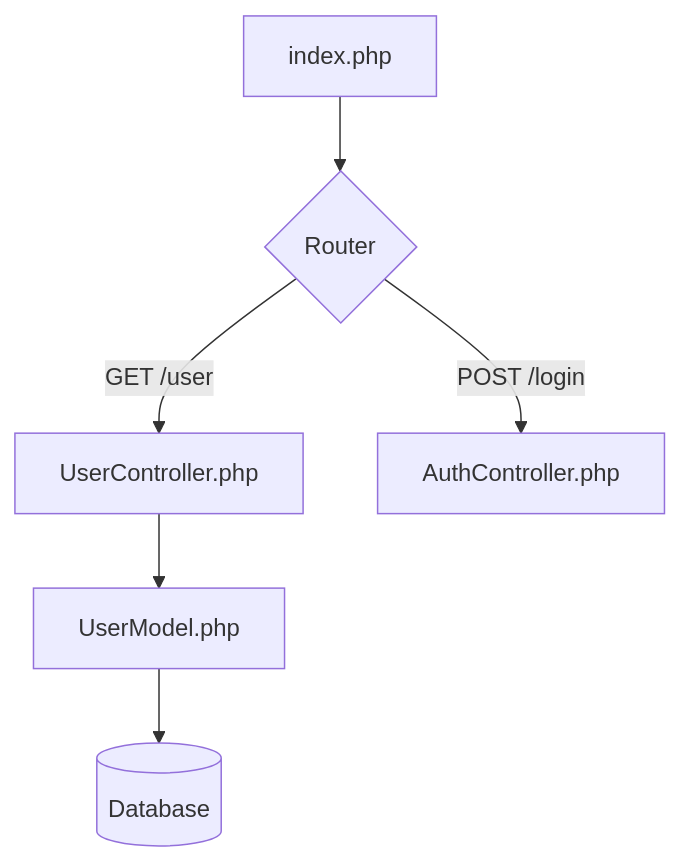
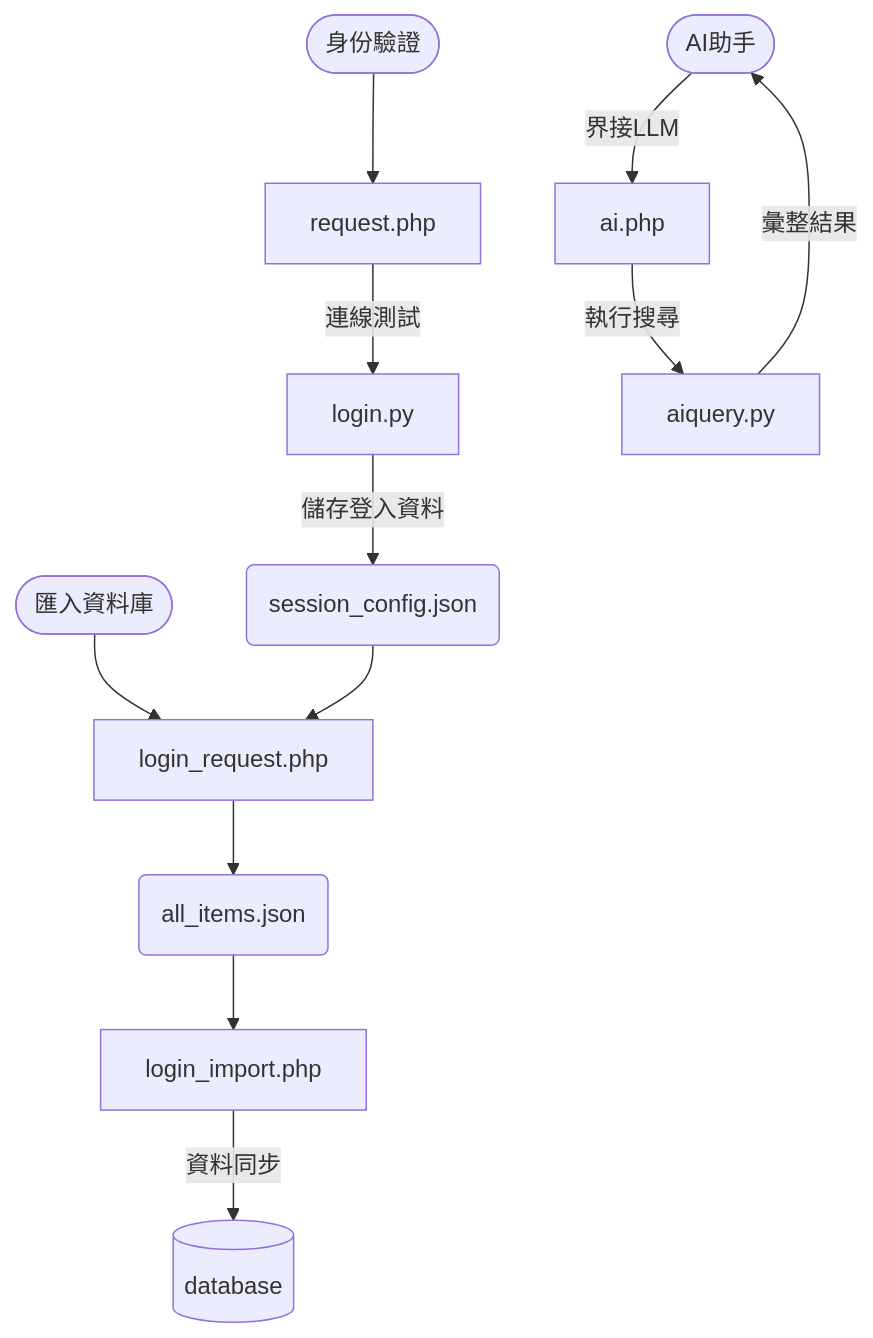
The diagram in mainpage/Flowchart.md (VictorChen1017/photo_monitor), drawn with Mermaid before and after one commit.

````diff
--- a/mainpage/Flowchart.md
+++ b/mainpage/Flowchart.md
@@ -2,9 +1,17 @@
-```{mermaid}
+```mermaid
 graph TD
-    A[index.php] --> B{Router}
-    B -- GET /user --> C[UserController.php]
-    B -- POST /login --> D[AuthController.php]
-    C --> E[UserModel.php]
-    E --> F[(Database)]
+    A([身份驗證]) --> B[request.php]
+    B --連線測試--> C[login.py]
+    C --儲存登入資料--> D(session_config.json)
 
+    
+    E([匯入資料庫]) --> F[login_request.php]
+    D --> F
+    F --> G(all_items.json)
+    G --> H[login_import.php]
+    H --資料同步--> I[(database)]
+
+    J([AI助手]) --界接LLM-->K[ai.php]
+    K--執行搜尋--> L[aiquery.py]
+    L --彙整結果--> J
 ```
````
